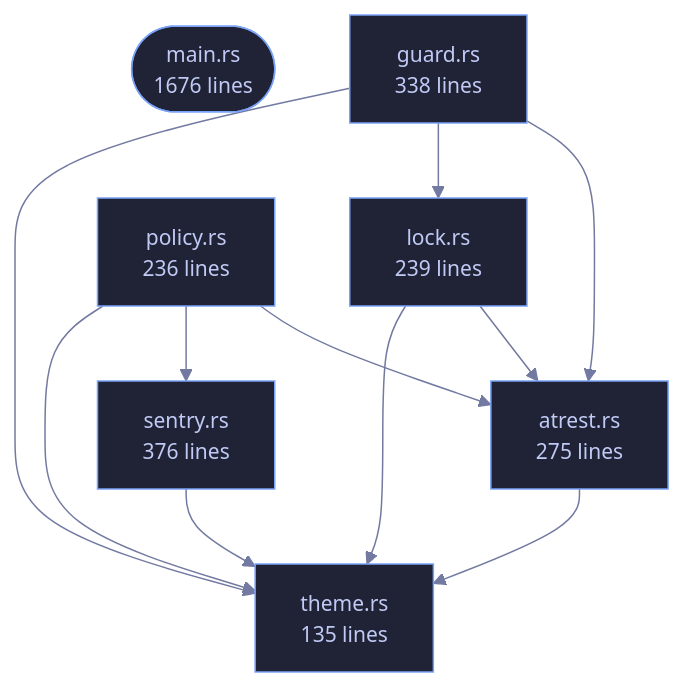
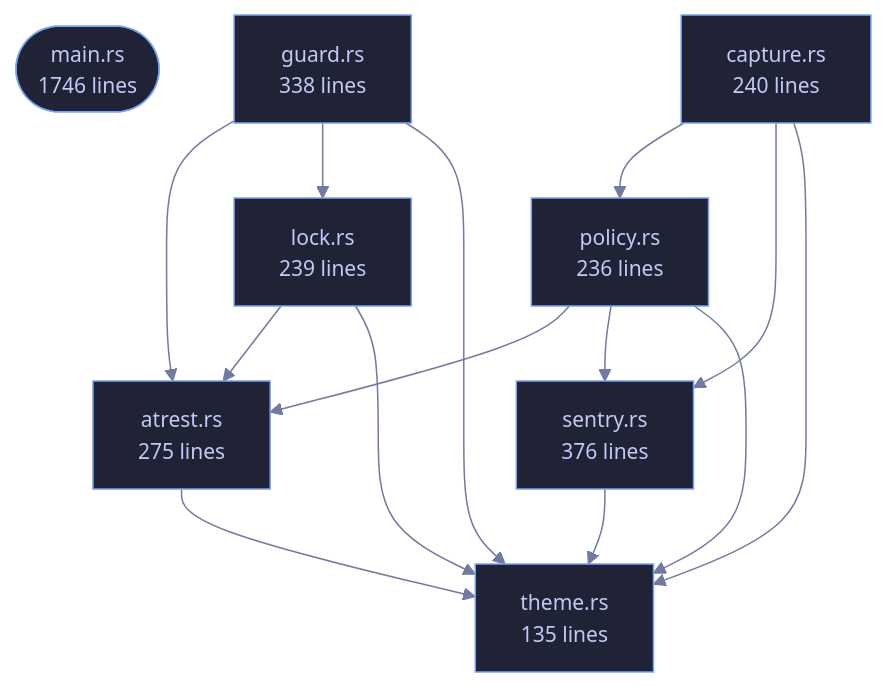
Before and after one commit to tilas01/veilvoice: the diagram in crates/veilvoice-cli/README.md, drawn with Mermaid. The commit also changed other lines of this file and 48 other files, not shown here.

````diff
--- a/crates/veilvoice-cli/README.md
+++ b/crates/veilvoice-cli/README.md
@@ -89,28 +90,33 @@
 ```mermaid
 %%{init: {"theme":"base","themeVariables":{"background":"#1a1b26","primaryColor":"#1f2335","primaryTextColor":"#c0caf5","primaryBorderColor":"#7aa2f7","secondaryColor":"#16161e","tertiaryColor":"#16161e","lineColor":"#737aa2","textColor":"#c0caf5","mainBkg":"#1f2335","nodeBorder":"#7aa2f7","clusterBkg":"#16161e","clusterBorder":"#2f3549","fontFamily":"ui-monospace, SFMono-Regular, Consolas, monospace","fontSize":"14px"}}}%%
 flowchart TD
-    n_main(["main.rs<br/>1676 lines"])
+    n_main(["main.rs<br/>1746 lines"])
     n_atrest["atrest.rs<br/>275 lines"]
+    n_capture["capture.rs<br/>240 lines"]
     n_guard["guard.rs<br/>338 lines"]
     n_lock["lock.rs<br/>239 lines"]
     n_policy["policy.rs<br/>236 lines"]
     n_sentry["sentry.rs<br/>376 lines"]
     n_theme["theme.rs<br/>135 lines"]
     n_atrest --> n_theme
+    n_capture --> n_policy
+    n_capture --> n_sentry
+    n_capture --> n_theme
     n_guard --> n_atrest
     n_guard --> n_lock
     n_guard --> n_theme
     n_lock --> n_atrest
     n_lock --> n_theme
     n_policy --> n_atrest
     n_policy --> n_sentry
     n_policy --> n_theme
     n_sentry --> n_theme
     click n_main href "https://github.com/tilas01/veilvoice/blob/main/crates/veilvoice-cli/src/main.rs" "open the source"
     click n_atrest href "https://github.com/tilas01/veilvoice/blob/main/crates/veilvoice-cli/src/atrest.rs" "open the source"
+    click n_capture href "https://github.com/tilas01/veilvoice/blob/main/crates/veilvoice-cli/src/capture.rs" "open the source"
     click n_guard href "https://github.com/tilas01/veilvoice/blob/main/crates/veilvoice-cli/src/guard.rs" "open the source"
     click n_lock href "https://github.com/tilas01/veilvoice/blob/main/crates/veilvoice-cli/src/lock.rs" "open the source"
     click n_policy href "https://github.com/tilas01/veilvoice/blob/main/crates/veilvoice-cli/src/policy.rs" "open the source"
     click n_sentry href "https://github.com/tilas01/veilvoice/blob/main/crates/veilvoice-cli/src/sentry.rs" "open the source"
     click n_theme href "https://github.com/tilas01/veilvoice/blob/main/crates/veilvoice-cli/src/theme.rs" "open the source"
 ```
````
